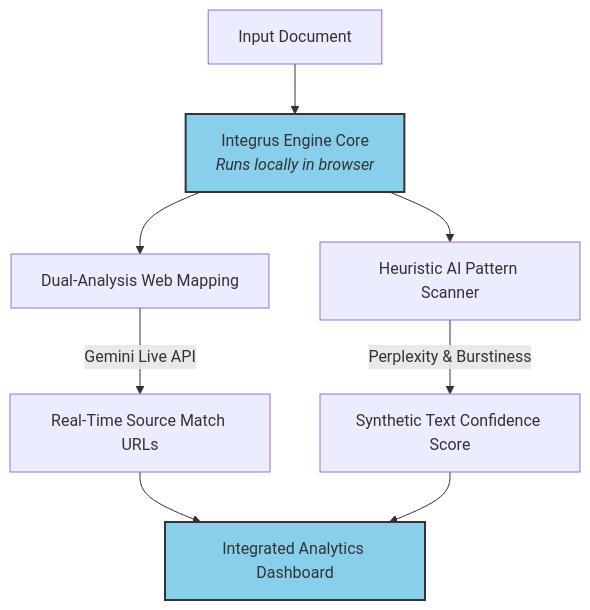
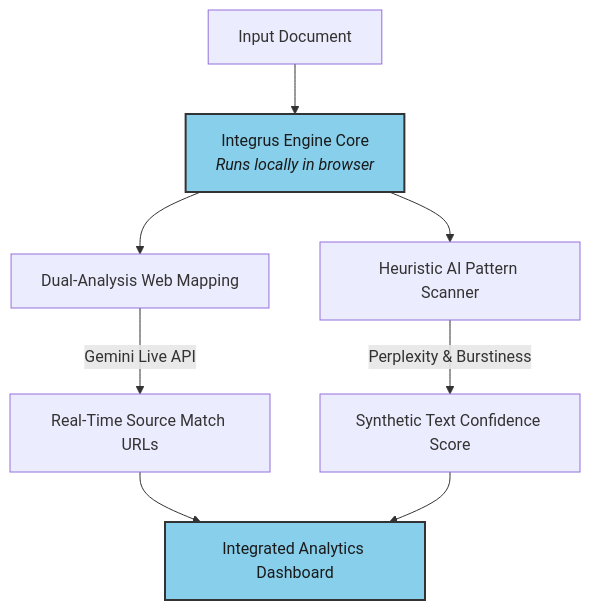
Before and after one commit to Vipeen21/Integrus-Plagiarism-Checker: the diagram in README.md, drawn with Mermaid.

Commit message:
Modify styles for diagram nodes B and G
Updated styles for nodes B and G in the diagram.

````diff
--- a/README.md
+++ b/README.md
@@ -38,13 +38,13 @@
 ```mermaid
 graph TD
     A[Input Document] --> B[Integrus Engine Core <br/><i>Runs locally in browser</i>]
     B --> C[Dual-Analysis Web Mapping]
     B --> D[Heuristic AI Pattern Scanner]
     C -->|Gemini Live API| E[Real-Time Source Match URLs]
     D -->|Perplexity & Burstiness| F[Synthetic Text Confidence Score]
     E --> G[Integrated Analytics Dashboard]
     F --> G
     
-    style B fill:#87cfeb,stroke:#333,stroke-width:2px
-    style G fill:#87cfeb,stroke:#333,stroke-width:2px
+    style B fill:#87cfeb,stroke:#333,stroke-width:2px, color:#1A1A1A
+    style G fill:#87cfeb,stroke:#333,stroke-width:2px, color:#1A1A1A
 ```
````
